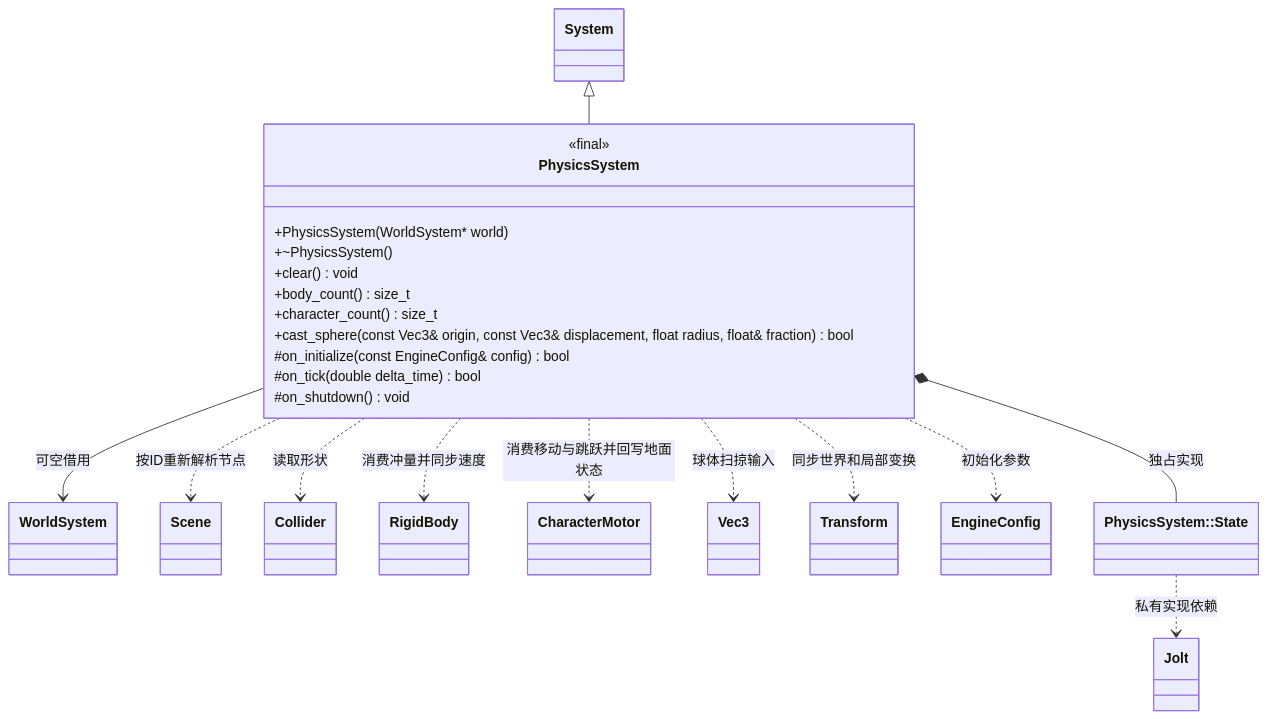
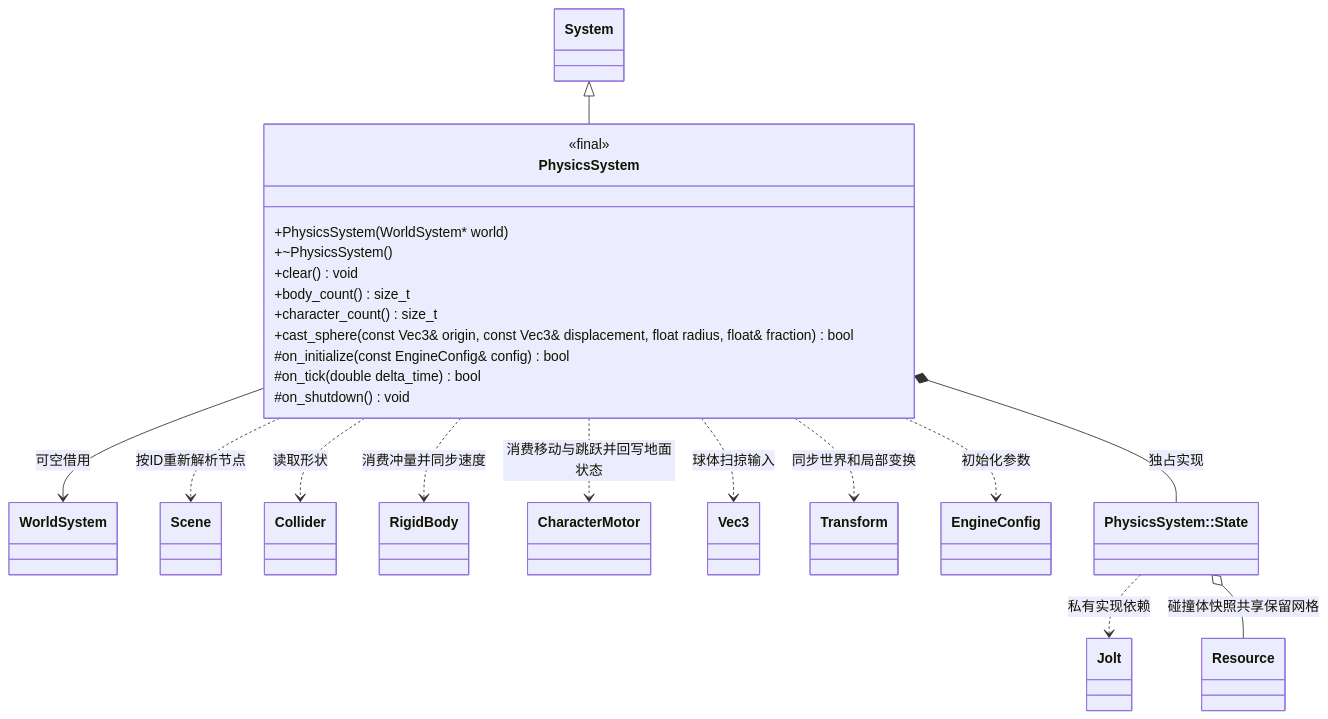
One commit to lcals/Engine changed the diagram in docs/runtime/class-diagrams/physics-system.md. Above: the diagram before and after it, drawn with Mermaid. The commit also changed other lines of this file and 93 other files, not shown here.

````diff
--- a/docs/runtime/class-diagrams/physics-system.md
+++ b/docs/runtime/class-diagrams/physics-system.md
@@ -7,37 +7,39 @@
 ```mermaid
 classDiagram
     class PhysicsSystem {
         <<final>>
         +PhysicsSystem(WorldSystem#42; world)
         +~PhysicsSystem()
         +clear() void
         +body_count() size_t
         +character_count() size_t
         +cast_sphere(const Vec3& origin, const Vec3& displacement, float radius, float& fraction) bool
         #on_initialize(const EngineConfig& config) bool
         #on_tick(double delta_time) bool
         #on_shutdown() void
     }
     class System
     class WorldSystem
     class Scene
     class Collider
     class RigidBody
     class CharacterMotor
     class Vec3
     class Transform
     class EngineConfig
     class PhysicsState["PhysicsSystem::State"]
     class Jolt["Jolt"]
+    class Resource
     System <|-- PhysicsSystem
     PhysicsSystem --> WorldSystem : 可空借用
     PhysicsSystem *-- PhysicsState : 独占实现
     PhysicsState ..> Jolt : 私有实现依赖
+    PhysicsState o-- Resource : 碰撞体快照共享保留网格
     PhysicsSystem ..> Scene : 按ID重新解析节点
     PhysicsSystem ..> Collider : 读取形状
     PhysicsSystem ..> RigidBody : 消费冲量并同步速度
     PhysicsSystem ..> CharacterMotor : 消费移动与跳跃并回写地面状态
     PhysicsSystem ..> Vec3 : 球体扫掠输入
     PhysicsSystem ..> Transform : 同步世界和局部变换
     PhysicsSystem ..> EngineConfig : 初始化参数
 ```
````
